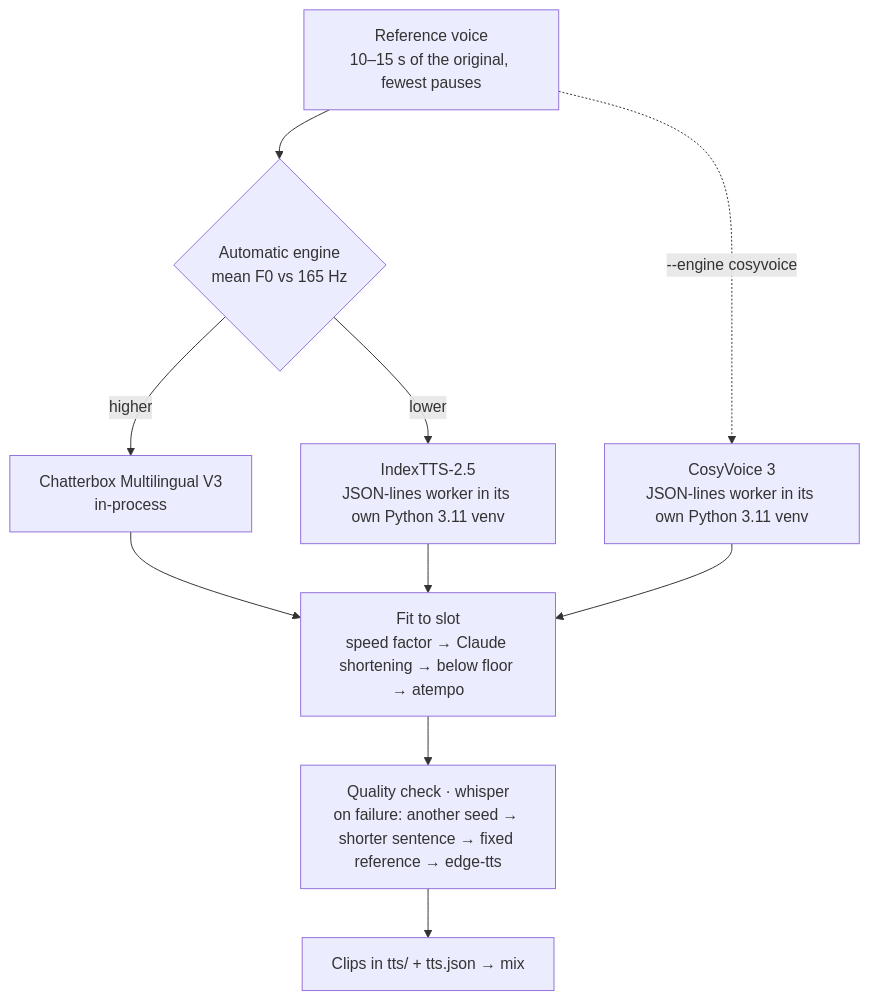
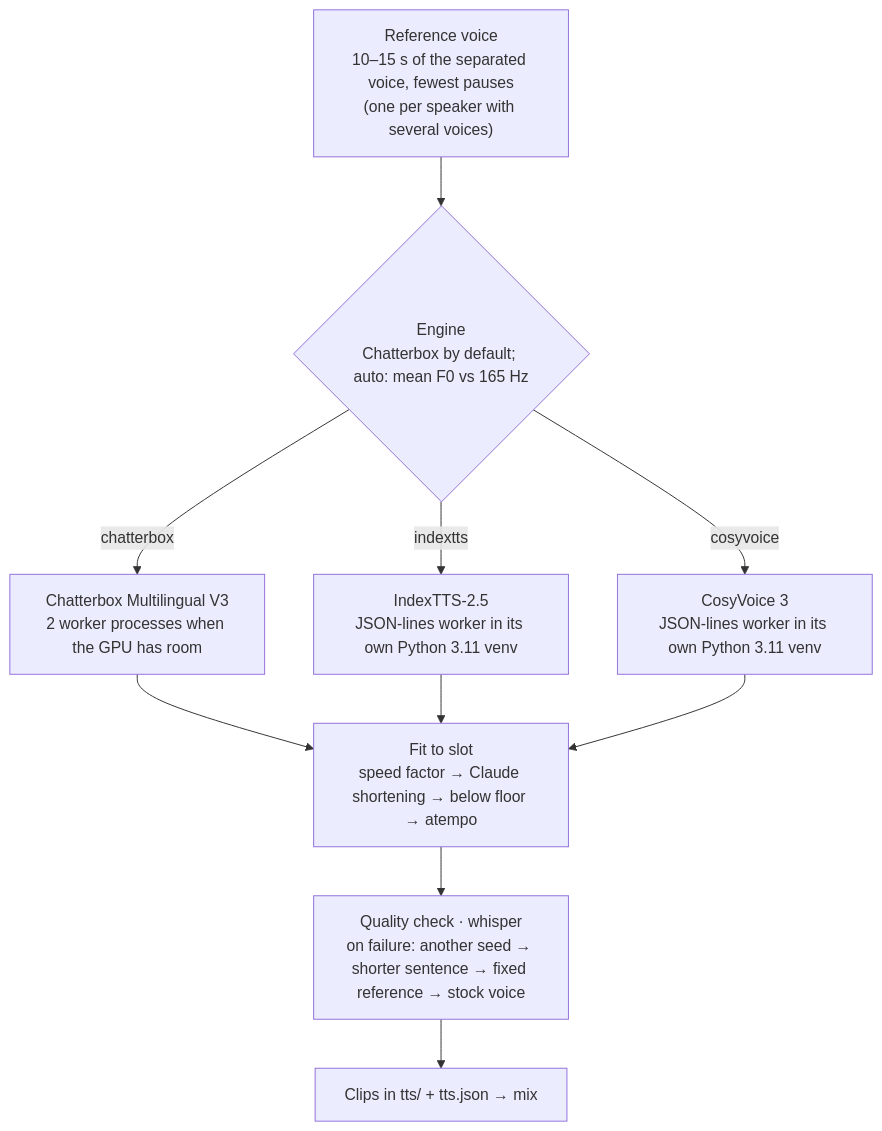
One commit to rldona/OpenDub changed the second of 4 diagrams in docs/architecture.md. Above: the diagram before and after it, drawn with Mermaid. The commit also changed other lines of this file, not shown here.

First line of the commit message:
Bring the architecture doc up to date with the code

````diff
--- a/docs/architecture.md
+++ b/docs/architecture.md
@@ -56,14 +67,14 @@
 ```mermaid
 flowchart TD
-    ref["Reference voice<br/>10–15 s of the original, fewest pauses"] --> auto
-    auto{"Automatic engine<br/>mean F0 vs 165 Hz"}
-    auto -- "higher" --> cb["Chatterbox Multilingual V3<br/>in-process"]
-    auto -- "lower" --> itts["IndexTTS-2.5<br/>JSON-lines worker in its own Python 3.11 venv"]
-    ref -. "--engine cosyvoice" .-> cv["CosyVoice 3<br/>JSON-lines worker in its own Python 3.11 venv"]
+    ref["Reference voice<br/>10–15 s of the separated voice, fewest pauses<br/>(one per speaker with several voices)"] --> auto
+    auto{"Engine<br/>Chatterbox by default; auto: mean F0 vs 165 Hz"}
+    auto -- "chatterbox" --> cb["Chatterbox Multilingual V3<br/>2 worker processes when the GPU has room"]
+    auto -- "indextts" --> itts["IndexTTS-2.5<br/>JSON-lines worker in its own Python 3.11 venv"]
+    auto -- "cosyvoice" --> cv["CosyVoice 3<br/>JSON-lines worker in its own Python 3.11 venv"]
     cb --> fit
     itts --> fit
     cv --> fit
     fit["Fit to slot<br/>speed factor → Claude shortening → below floor → atempo"] --> qc
-    qc["Quality check · whisper<br/>on failure: another seed → shorter sentence → fixed reference → edge-tts"] --> clips
+    qc["Quality check · whisper<br/>on failure: another seed → shorter sentence → fixed reference → stock voice"] --> clips
     clips["Clips in tts/ + tts.json → mix"]
 ```
````
